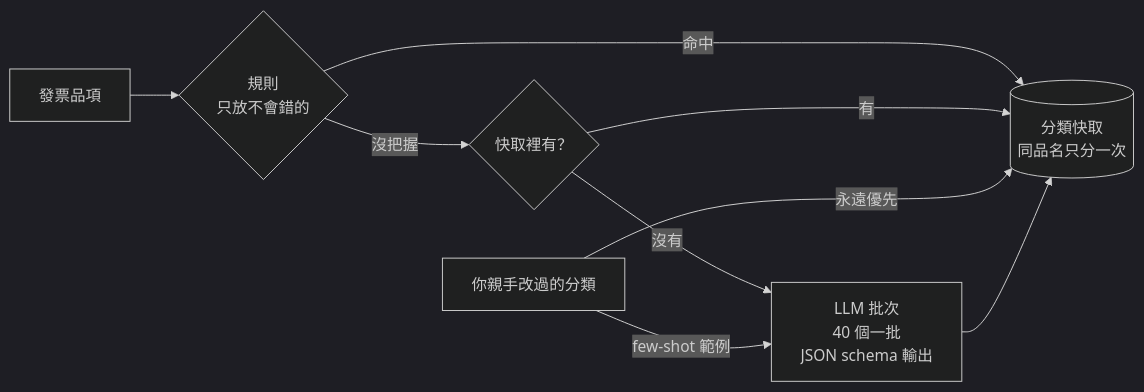
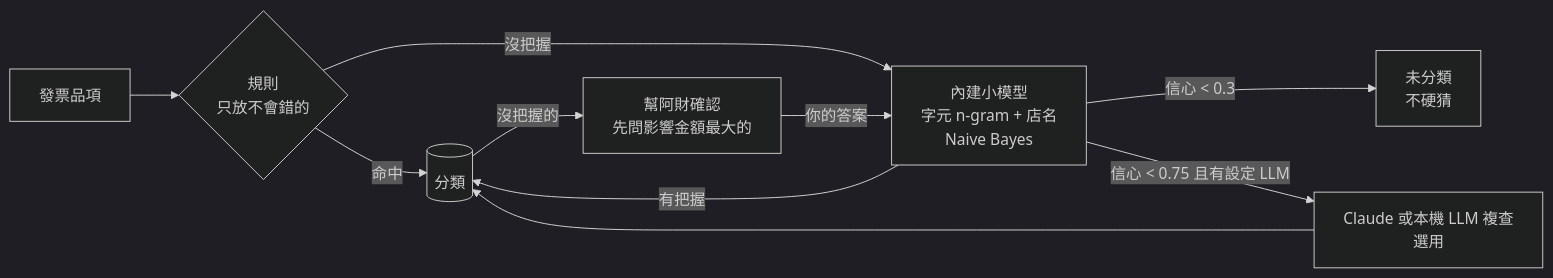
Before and after one commit to pengwho/koukou: the first of 2 diagrams in README.md, drawn with Mermaid (dark theme). The commit also changed other lines of this file and 2 other files, not shown here.

````diff
--- a/README.md
+++ b/README.md
@@ -55,11 +51,12 @@
 ```mermaid
 flowchart LR
   A[發票品項] --> B{規則<br>只放不會錯的}
-  B -- 命中 --> Z[(分類快取<br>同品名只分一次)]
-  B -- 沒把握 --> C{快取裡有？}
-  C -- 有 --> Z
-  C -- 沒有 --> D[LLM 批次<br>40 個一批<br>JSON schema 輸出]
-  E[你親手改過的分類] -- few-shot 範例 --> D
-  E -- 永遠優先 --> Z
+  B -- 命中 --> Z[(分類)]
+  B -- 沒把握 --> C[內建小模型<br>字元 n-gram + 店名<br>Naive Bayes]
+  C -- 有把握 --> Z
+  C -- 信心 < 0.3 --> U[未分類<br>不硬猜]
+  C -- 信心 < 0.75 且有設定 LLM --> D[Claude 或本機 LLM 複查<br>選用]
   D --> Z
+  Z -- 沒把握的 --> R[幫阿財確認<br>先問影響金額最大的]
+  R -- 你的答案 --> C
 ```
````
